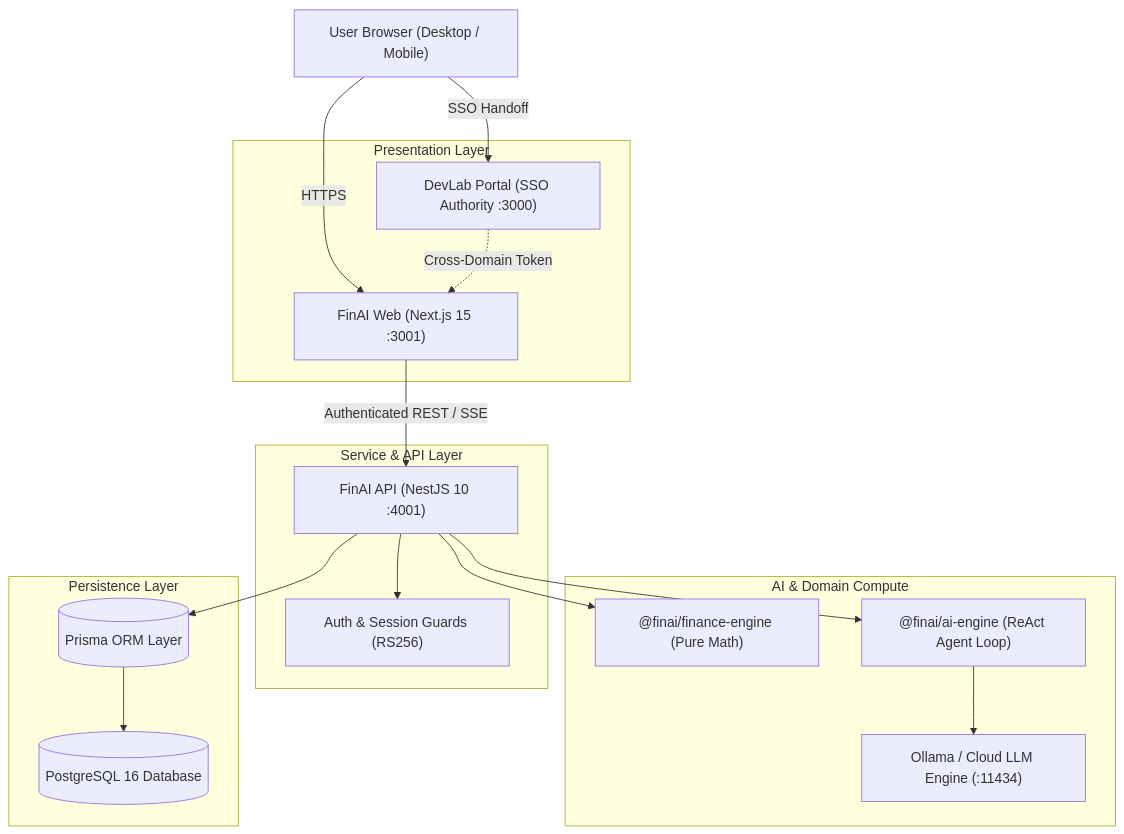
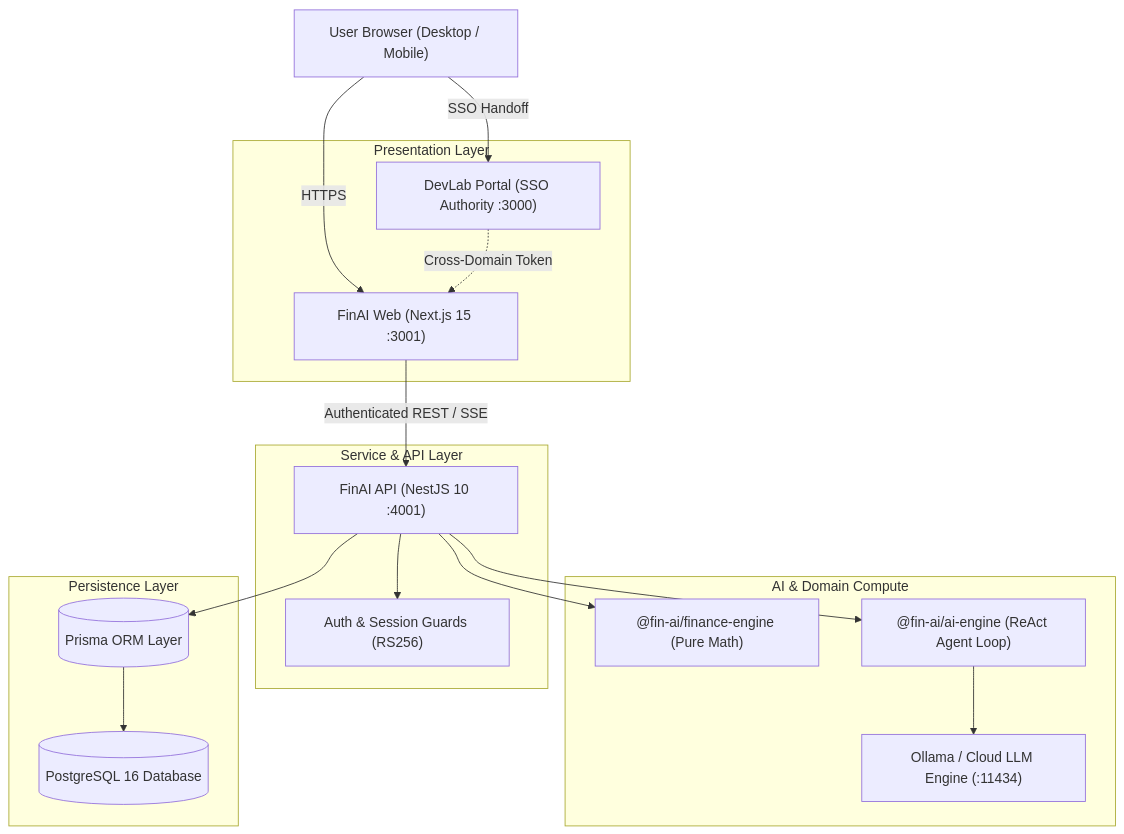
Before and after one commit to yuvadevlab/fin-ai: the diagram in README.md, drawn with Mermaid. The commit also changed other lines of this file and 370 other files, not shown here.

First line of the commit message:
chore(workspace): migrate package scopes from @finai to @fin-ai

````diff
--- a/README.md
+++ b/README.md
@@ -16,36 +16,36 @@
 ```mermaid
 graph TD
     Client["User Browser (Desktop / Mobile)"]
 
     subgraph Presentation Layer
         Portal["DevLab Portal (SSO Authority :3000)"]
         Web["FinAI Web (Next.js 15 :3001)"]
     end
 
     subgraph Service & API Layer
         API["FinAI API (NestJS 10 :4001)"]
         AuthService["Auth & Session Guards (RS256)"]
     end
 
     subgraph AI & Domain Compute
         LLM["Ollama / Cloud LLM Engine (:11434)"]
-        FinanceEngine["@finai/finance-engine (Pure Math)"]
-        AIEngine["@finai/ai-engine (ReAct Agent Loop)"]
+        FinanceEngine["@fin-ai/finance-engine (Pure Math)"]
+        AIEngine["@fin-ai/ai-engine (ReAct Agent Loop)"]
     end
 
     subgraph Persistence Layer
         DB[("PostgreSQL 16 Database")]
         Prisma[("Prisma ORM Layer")]
     end
 
     Client -->|HTTPS| Web
     Client -->|SSO Handoff| Portal
     Portal -.->|Cross-Domain Token| Web
     Web -->|Authenticated REST / SSE| API
     API --> AuthService
     API --> FinanceEngine
     API --> AIEngine
     AIEngine --> LLM
     API --> Prisma
     Prisma --> DB
 ```
````
